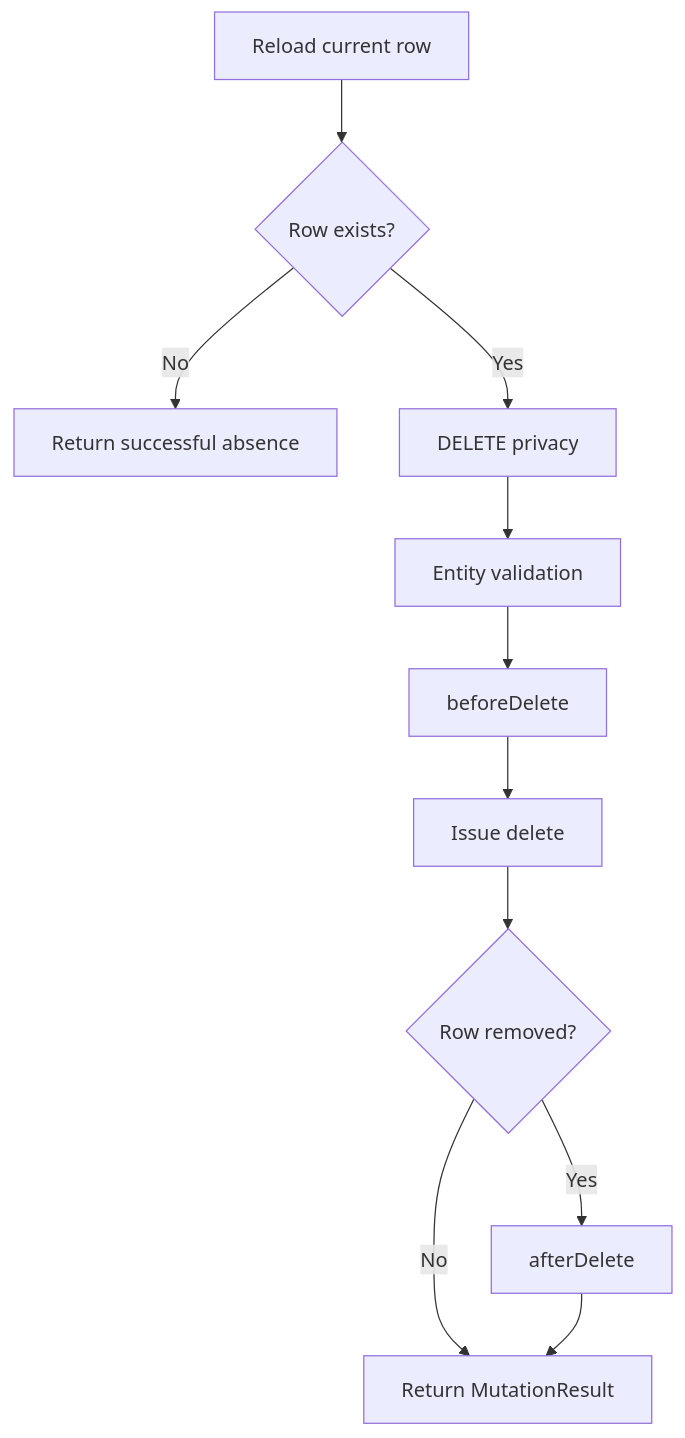
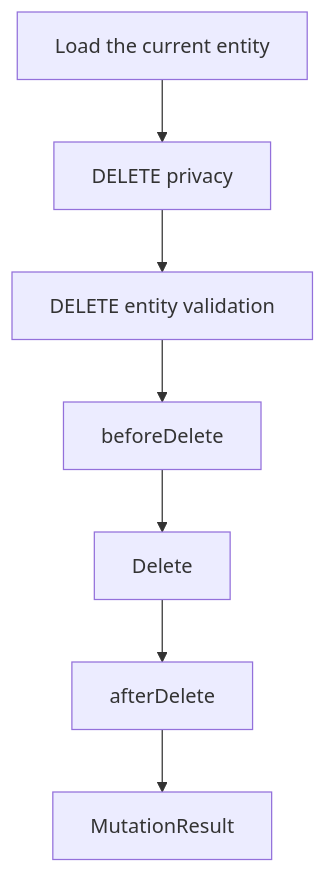
One commit to CaseyMcGuire/EntKt changed the fourth of 4 diagrams in docs/operation-lifecycle.md. Above: the diagram before and after it, drawn with Mermaid. The commit also changed other lines of this file, not shown here.

````diff
--- a/docs/operation-lifecycle.md
+++ b/docs/operation-lifecycle.md
@@ -289,13 +186,9 @@
 ```mermaid
 flowchart TD
-    reload["Reload current row"] --> exists{"Row exists?"}
-    exists -- No --> absent["Return successful absence"]
-    exists -- Yes --> privacy["DELETE privacy"]
-    privacy --> validation["Entity validation"]
+    current["Load the current entity"] --> privacy["DELETE privacy"]
+    privacy --> validation["DELETE entity validation"]
     validation --> before["beforeDelete"]
-    before --> remove["Issue delete"]
-    remove --> removed{"Row removed?"}
-    removed -- No --> result["Return MutationResult"]
-    removed -- Yes --> after["afterDelete"]
-    after --> result
+    before --> delete["Delete"]
+    delete --> after["afterDelete"]
+    after --> result["MutationResult"]
 ```
````
